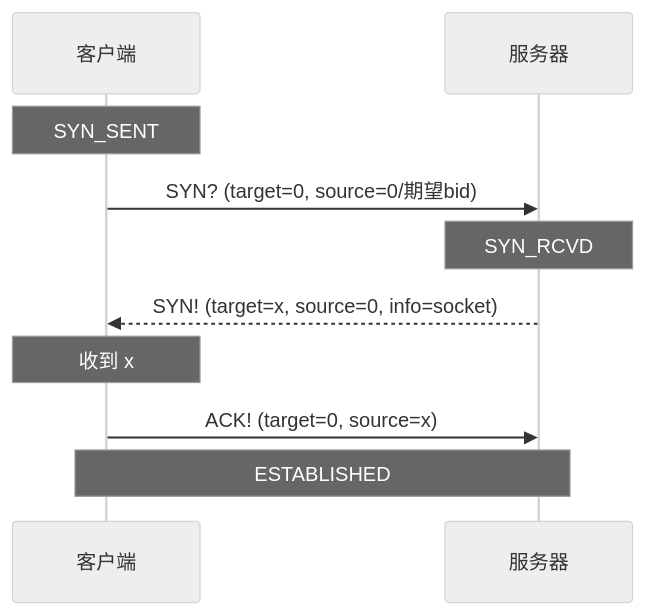
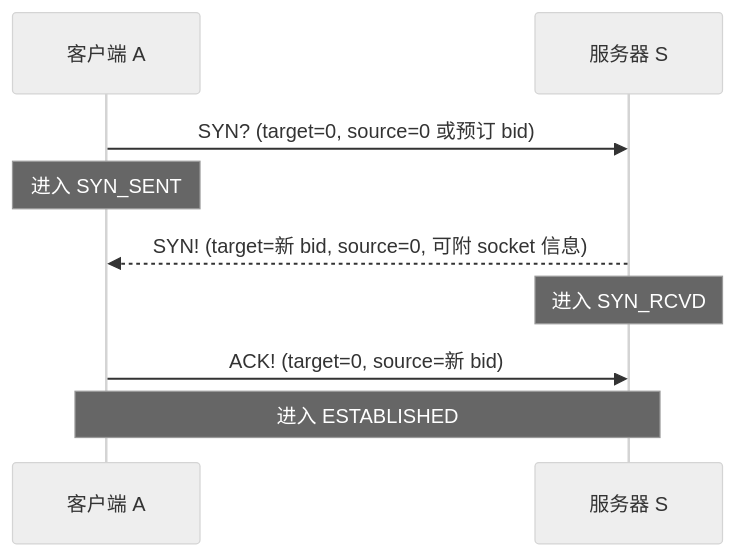
Before and after one commit to moky/magpie: the first of 6 diagrams in docs/design-workflow.md, drawn with Mermaid (neutral theme). The commit also changed other lines of this file and 7 other files, not shown here.

````diff
--- a/docs/design-workflow.md
+++ b/docs/design-workflow.md
@@ -32,12 +22,12 @@
 ```mermaid
 sequenceDiagram
-    participant C as 客户端
-    participant S as 服务器
-    Note over C: SYN_SENT
-    C->>S: SYN? (target=0, source=0/期望bid)
-    Note over S: SYN_RCVD
-    S-->>C: SYN! (target=x, source=0, info=socket)
-    Note over C: 收到 x
-    C->>S: ACK! (target=0, source=x)
-    Note over C,S: ESTABLISHED
+    participant A as 客户端 A
+    participant S as 服务器 S
+
+    A->>S: SYN? (target=0, source=0 或预订 bid)
+    Note over A: 进入 SYN_SENT
+    S-->>A: SYN! (target=新 bid, source=0, 可附 socket 信息)
+    Note over S: 进入 SYN_RCVD
+    A->>S: ACK! (target=0, source=新 bid)
+    Note over A,S: 进入 ESTABLISHED
 ```
````
